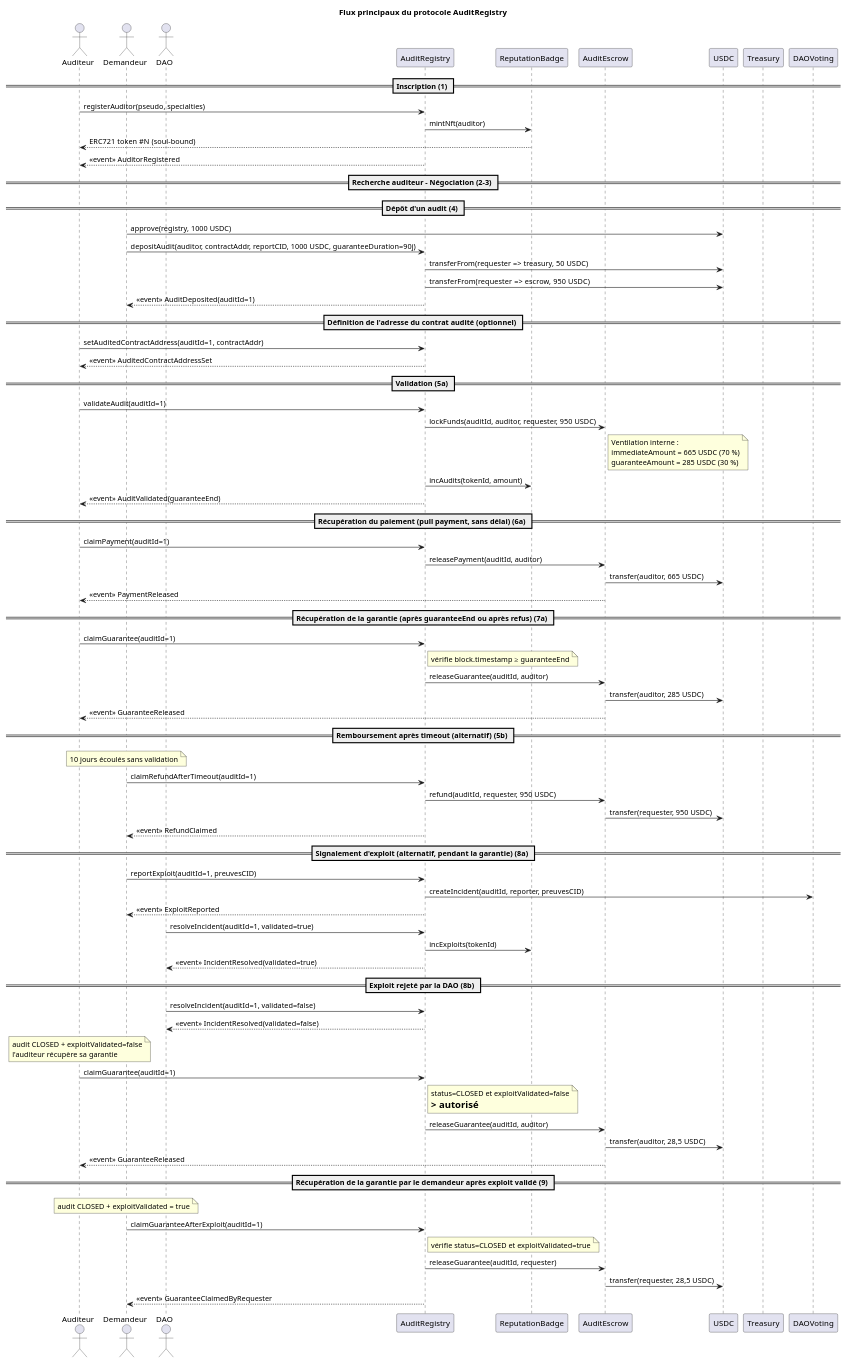
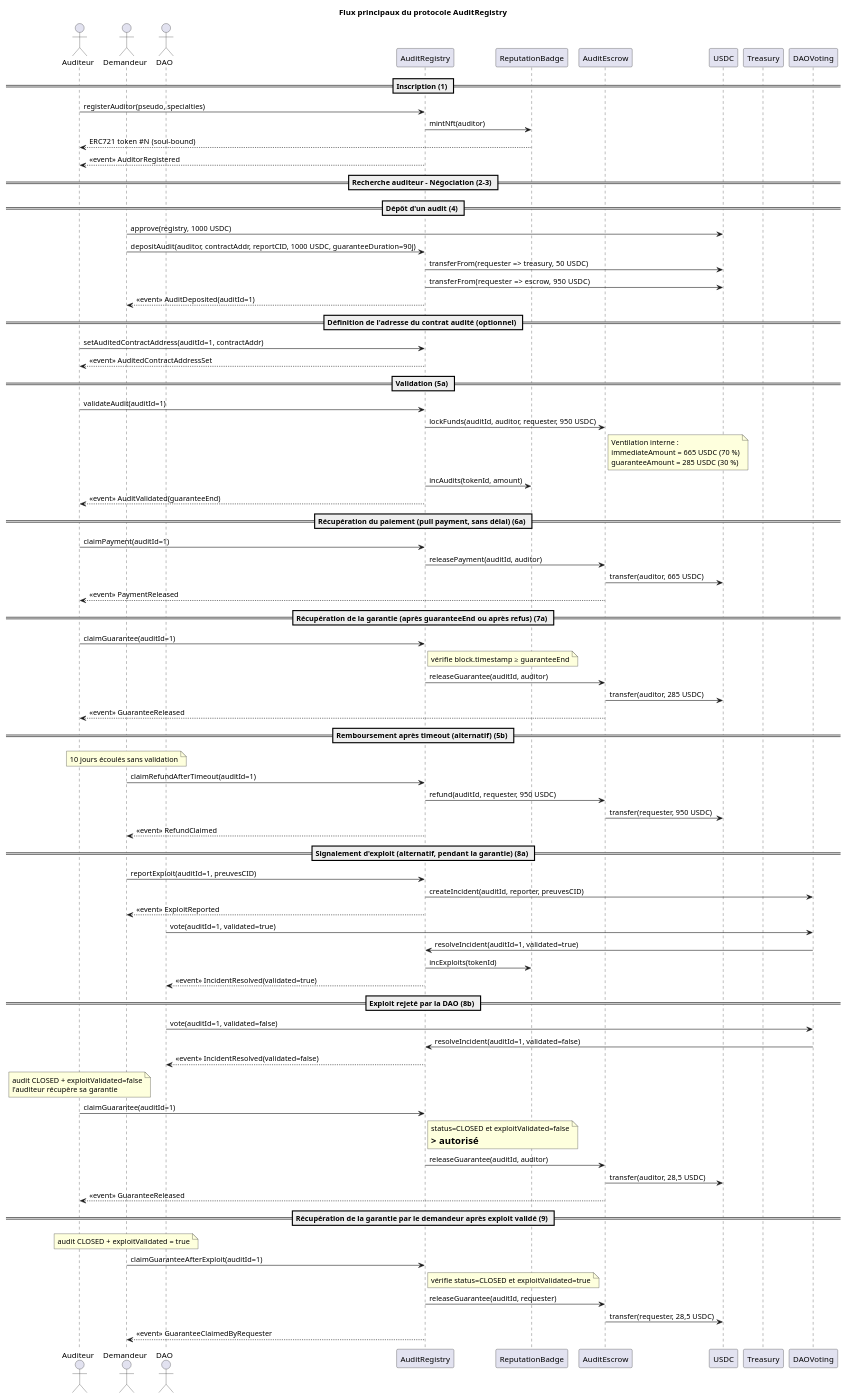
The diagram in docs/sequence.puml (olivier4429/AlyraProjetFinal), drawn with PlantUML before and after one commit. The commit also changed 15 other files, not shown here.

```diff
--- a/docs/sequence.puml
+++ b/docs/sequence.puml
@@ -1,101 +1,103 @@
 @startuml sequence
 title Flux principaux du protocole AuditRegistry
 
 actor       Auditeur   as A
 actor       Demandeur  as D
 actor       DAO        as DAO
 participant AuditRegistry  as R
 participant ReputationBadge as B
 participant AuditEscrow    as E
 participant USDC           as U
 participant Treasury       as T
 participant DAOVoting      as V
 
 == Inscription (1) ==
 
 A  -> R : registerAuditor(pseudo, specialties)
 R  -> B : mintNft(auditor)
 B --> A : ERC721 token #N  (soul-bound)
 R --> A : <<event>> AuditorRegistered
 
 == Recherche auditeur - Négociation (2-3) ==
 
 == Dépôt d'un audit (4) ==
 
 D  -> U : approve(registry, 1000 USDC)
 D  -> R : depositAudit(auditor, contractAddr, reportCID, 1000 USDC, guaranteeDuration=90j)
 R  -> U : transferFrom(requester => treasury,  50 USDC)
 R  -> U : transferFrom(requester => escrow,   950 USDC)
 R --> D : <<event>> AuditDeposited(auditId=1)
 
 == Définition de l'adresse du contrat audité (optionnel) ==
 
 A  -> R : setAuditedContractAddress(auditId=1, contractAddr)
 R --> A : <<event>> AuditedContractAddressSet
 
 == Validation (5a) ==
 
 A  -> R : validateAudit(auditId=1)
 R  -> E : lockFunds(auditId, auditor, requester, 950 USDC)
 note right of E
   Ventilation interne :
   immediateAmount = 665 USDC (70 %)
   guaranteeAmount = 285 USDC (30 %)
 end note
 R  -> B : incAudits(tokenId, amount)
 R --> A : <<event>> AuditValidated(guaranteeEnd)
 
 == Récupération du paiement (pull payment, sans délai) (6a) ==
 
 A  -> R : claimPayment(auditId=1)
 R  -> E : releasePayment(auditId, auditor)
 E  -> U : transfer(auditor, 665 USDC)
 E --> A : <<event>> PaymentReleased
 
 == Récupération de la garantie (après guaranteeEnd ou après refus) (7a) ==
 
 A  -> R : claimGuarantee(auditId=1)
 note right of R : vérifie block.timestamp ≥ guaranteeEnd
 R  -> E : releaseGuarantee(auditId, auditor)
 E  -> U : transfer(auditor, 285 USDC)
 E --> A : <<event>> GuaranteeReleased
 
 == Remboursement après timeout (alternatif) (5b) ==
 
 note over D : 10 jours écoulés sans validation
 D  -> R : claimRefundAfterTimeout(auditId=1)
 R  -> E : refund(auditId, requester, 950 USDC)
 E  -> U : transfer(requester, 950 USDC)
 R --> D : <<event>> RefundClaimed
 
 == Signalement d'exploit (alternatif, pendant la garantie) (8a) ==
 
 D  -> R : reportExploit(auditId=1, preuvesCID)
 R  -> V : createIncident(auditId, reporter, preuvesCID)
 R --> D : <<event>> ExploitReported
 
-DAO -> R : resolveIncident(auditId=1, validated=true)
+DAO -> V : vote(auditId=1, validated=true)
+V   -> R : resolveIncident(auditId=1, validated=true)
 R  -> B : incExploits(tokenId)
 R --> DAO : <<event>> IncidentResolved(validated=true)
 
 == Exploit rejeté par la DAO (8b) ==
 
-DAO -> R : resolveIncident(auditId=1, validated=false)
+DAO -> V : vote(auditId=1, validated=false)
+V   -> R : resolveIncident(auditId=1, validated=false)
 R --> DAO : <<event>> IncidentResolved(validated=false)
 note over A : audit CLOSED + exploitValidated=false\nl'auditeur récupère sa garantie
 A  -> R : claimGuarantee(auditId=1)
 note right of R : status=CLOSED et exploitValidated=false\n=> autorisé
 R  -> E : releaseGuarantee(auditId, auditor)
 E  -> U : transfer(auditor, 28,5 USDC)
 E --> A : <<event>> GuaranteeReleased
 
 == Récupération de la garantie par le demandeur après exploit validé (9) ==
 
 note over D : audit CLOSED + exploitValidated = true
 D  -> R : claimGuaranteeAfterExploit(auditId=1)
 note right of R : vérifie status=CLOSED et exploitValidated=true
 R  -> E : releaseGuarantee(auditId, requester)
 E  -> U : transfer(requester, 28,5 USDC)
 R --> D : <<event>> GuaranteeClaimedByRequester
 
 @enduml
```
